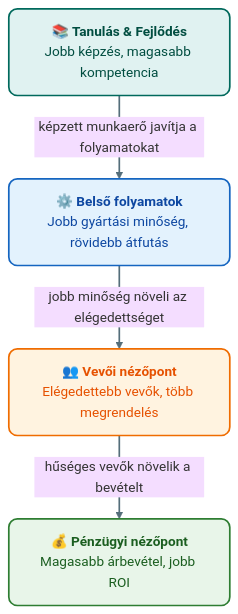
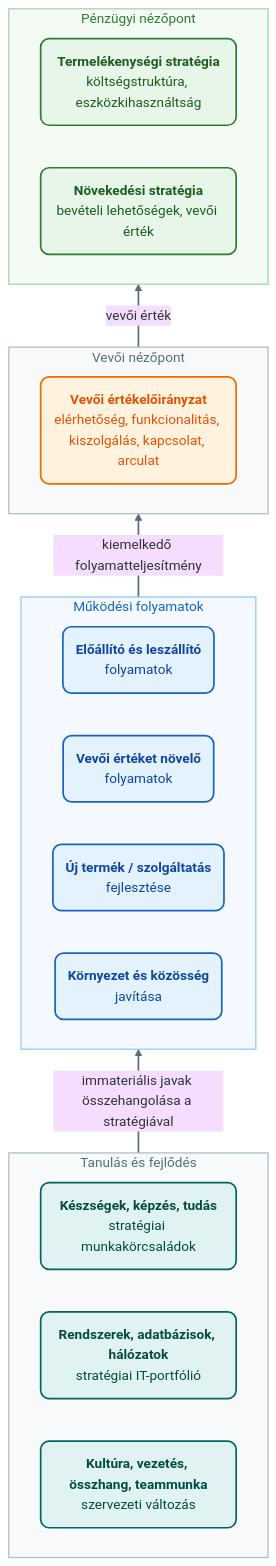
One commit to denespocsik/MM_BSC_Zarovizsga changed the second of 2 diagrams in Tételek/K20-GIXVS2MBLF-Balanced Scorecard.tétel.md. Above: the diagram before and after it, drawn with Mermaid (base theme). The commit also changed other lines of this file, not shown here.

````diff
--- a/Tételek/K20-GIXVS2MBLF-Balanced Scorecard.tétel.md
+++ b/Tételek/K20-GIXVS2MBLF-Balanced Scorecard.tétel.md
@@ -82,18 +100,41 @@
 ```mermaid
-flowchart TD
-    T["📚 <b>Tanulás & Fejlődés</b><br/>Jobb képzés, magasabb kompetencia"]:::turkiz
-    B["⚙️ <b>Belső folyamatok</b><br/>Jobb gyártási minőség, rövidebb átfutás"]:::kek
-    V["👥 <b>Vevői nézőpont</b><br/>Elégedettebb vevők, több megrendelés"]:::narancs
-    P["💰 <b>Pénzügyi nézőpont</b><br/>Magasabb árbevétel, jobb ROI"]:::zold
+flowchart BT
+    subgraph B4 ["Tanulás és fejlődés"]
+        direction LR
+        T1("<b>Készségek, képzés, tudás</b><br/>stratégiai munkakörcsaládok"):::turkiz
+        T2("<b>Rendszerek, adatbázisok, hálózatok</b><br/>stratégiai IT-portfólió"):::turkiz
+        T3("<b>Kultúra, vezetés, összhang, teammunka</b><br/>szervezeti változás"):::turkiz
+    end
+    subgraph B3 ["Működési folyamatok"]
+        direction LR
+        F1("<b>Előállító és leszállító</b><br/>folyamatok"):::kek
+        F2("<b>Vevői értéket növelő</b><br/>folyamatok"):::kek
+        F3("<b>Új termék / szolgáltatás</b><br/>fejlesztése"):::kek
+        F4("<b>Környezet és közösség</b><br/>javítása"):::kek
+    end
+    subgraph B2 ["Vevői nézőpont"]
+        direction LR
+        V1("<b>Vevői értékelőirányzat</b><br/>elérhetőség, funkcionalitás, kiszolgálás, kapcsolat, arculat"):::narancs
+    end
+    subgraph B1 ["Pénzügyi nézőpont"]
+        direction LR
+        P1("<b>Termelékenységi stratégia</b><br/>költségstruktúra, eszközkihasználtság"):::zold
+        P2("<b>Növekedési stratégia</b><br/>bevételi lehetőségek, vevői érték"):::zold
+    end
 
-    T -->|"képzett munkaerő javítja a folyamatokat"| B
-    B -->|"jobb minőség növeli az elégedettséget"| V
-    V -->|"hűséges vevők növelik a bevételt"| P
+    B4 -->|"immateriális javak összehangolása a stratégiával"| B3
+    B3 -->|"kiemelkedő folyamatteljesítmény"| B2
+    B2 -->|"vevői érték"| B1
 
     classDef kek     fill:#e3f2fd,stroke:#1565c0,stroke-width:2px,color:#0d47a1,rx:10,ry:10;
     classDef zold    fill:#e8f5e9,stroke:#2e7d32,stroke-width:2px,color:#1b5e20,rx:10,ry:10;
     classDef narancs fill:#fff3e0,stroke:#ef6c00,stroke-width:2px,color:#e65100,rx:10,ry:10;
     classDef turkiz  fill:#e0f2f1,stroke:#00695c,stroke-width:2px,color:#004d40,rx:10,ry:10;
 
+    style B1 fill:#f4fbf5,stroke:#a5d6a7,stroke-width:1.5px,color:#2e7d32;
+    style B2 fill:#f7f9fa,stroke:#b0bec5,stroke-width:1.5px,color:#546e7a;
+    style B3 fill:#f5f9ff,stroke:#90caf9,stroke-width:1.5px,color:#1565c0;
+    style B4 fill:#f7f9fa,stroke:#b0bec5,stroke-width:1.5px,color:#546e7a;
+
     linkStyle default stroke:#546e7a,stroke-width:2px;
 ```
````
